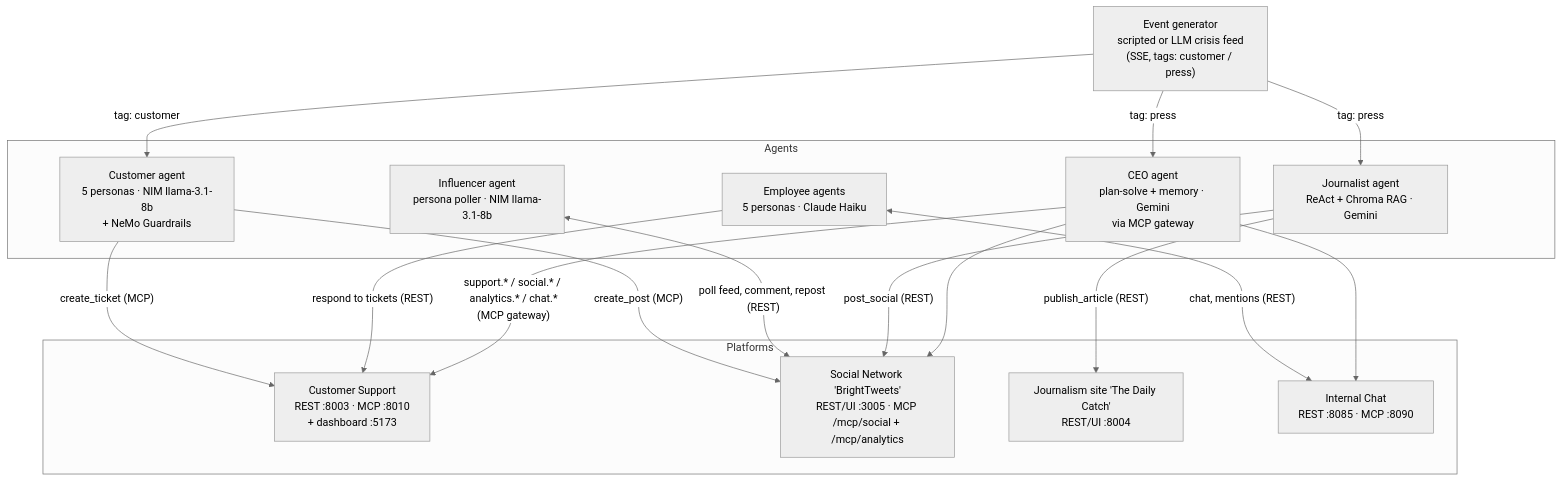
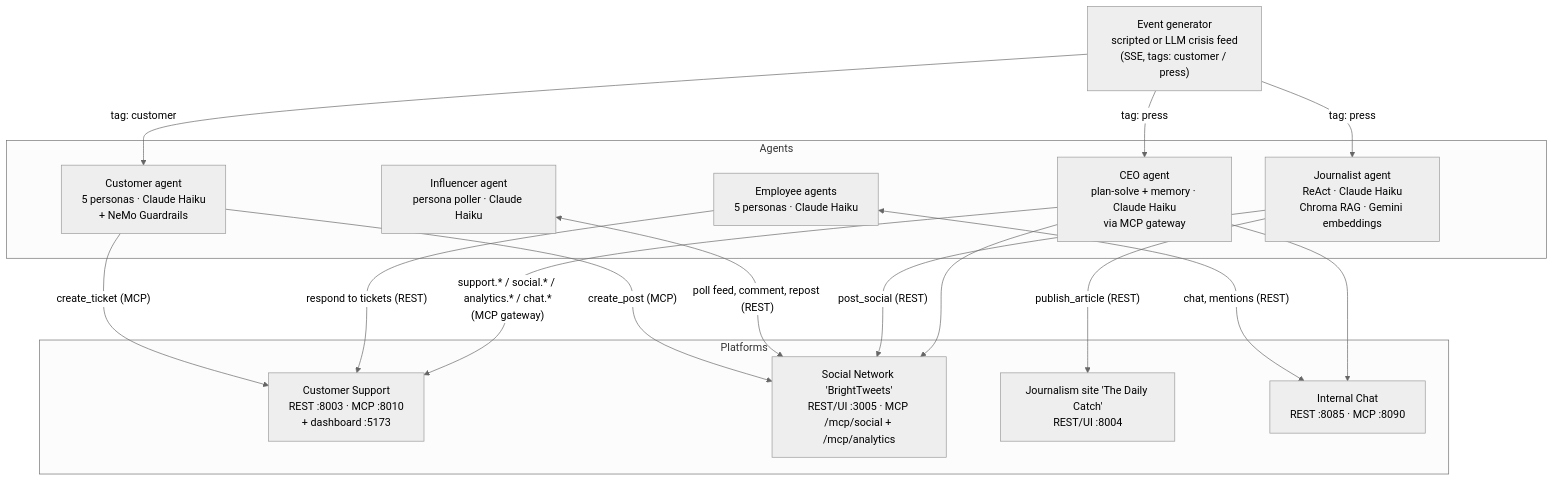
The diagram in docs/architecture.md (Hani-Azzam/Brightway_HappyTuna), drawn with Mermaid (neutral theme) before and after one commit. The commit also changed other lines of this file and 21 other files, not shown here.

First line of the commit message:
stable-release: run every agent on Claude Haiku

````diff
--- a/docs/architecture.md
+++ b/docs/architecture.md
@@ -11,34 +11,34 @@
 ```mermaid
 flowchart TB
     EG["Event generator<br/>scripted or LLM crisis feed<br/>(SSE, tags: customer / press)"]
 
     subgraph agents["Agents"]
-        CU["Customer agent<br/>5 personas · NIM llama-3.1-8b<br/>+ NeMo Guardrails"]
-        IN["Influencer agent<br/>persona poller · NIM llama-3.1-8b"]
-        JO["Journalist agent<br/>ReAct + Chroma RAG · Gemini"]
+        CU["Customer agent<br/>5 personas · Claude Haiku<br/>+ NeMo Guardrails"]
+        IN["Influencer agent<br/>persona poller · Claude Haiku"]
+        JO["Journalist agent<br/>ReAct · Claude Haiku<br/>Chroma RAG · Gemini embeddings"]
         EM["Employee agents<br/>5 personas · Claude Haiku"]
-        CEO["CEO agent<br/>plan-solve + memory · Gemini<br/>via MCP gateway"]
+        CEO["CEO agent<br/>plan-solve + memory · Claude Haiku<br/>via MCP gateway"]
     end
 
     subgraph platforms["Platforms"]
         CS["Customer Support<br/>REST :8003 · MCP :8010<br/>+ dashboard :5173"]
         SN["Social Network 'BrightTweets'<br/>REST/UI :3005 · MCP /mcp/social + /mcp/analytics"]
         NW["Journalism site 'The Daily Catch'<br/>REST/UI :8004"]
         IC["Internal Chat<br/>REST :8085 · MCP :8090"]
     end
 
     EG -->|"tag: customer"| CU
     EG -->|"tag: press"| JO
     EG -->|"tag: press"| CEO
 
     CU -->|"create_ticket (MCP)"| CS
     CU -->|"create_post (MCP)"| SN
     IN <-->|"poll feed, comment, repost (REST)"| SN
     JO -->|"publish_article (REST)"| NW
     JO -->|"post_social (REST)"| SN
     EM <-->|"chat, mentions (REST)"| IC
     EM -->|"respond to tickets (REST)"| CS
     CEO -->|"support.* / social.* / analytics.* / chat.*<br/>(MCP gateway)"| CS
     CEO --> SN
     CEO --> IC
 ```
````
